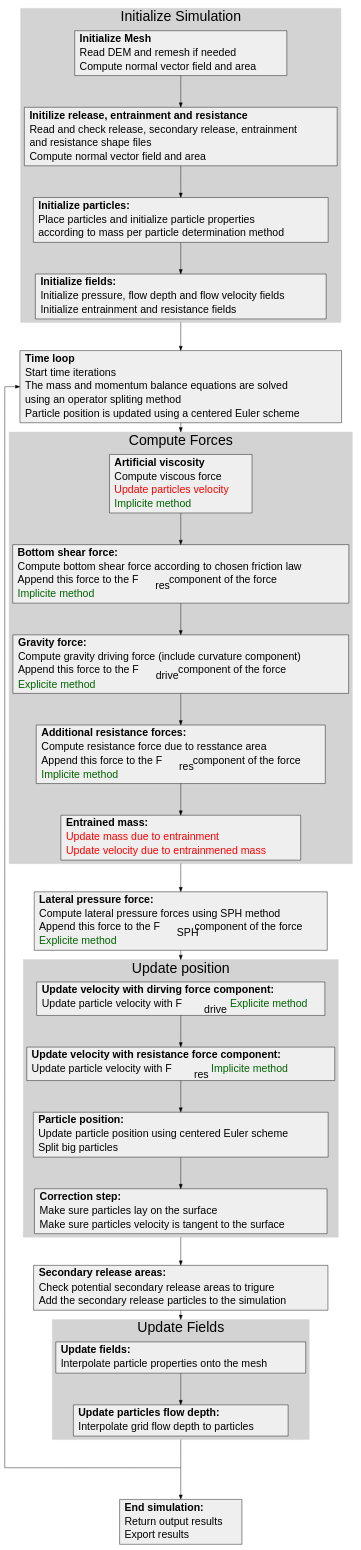
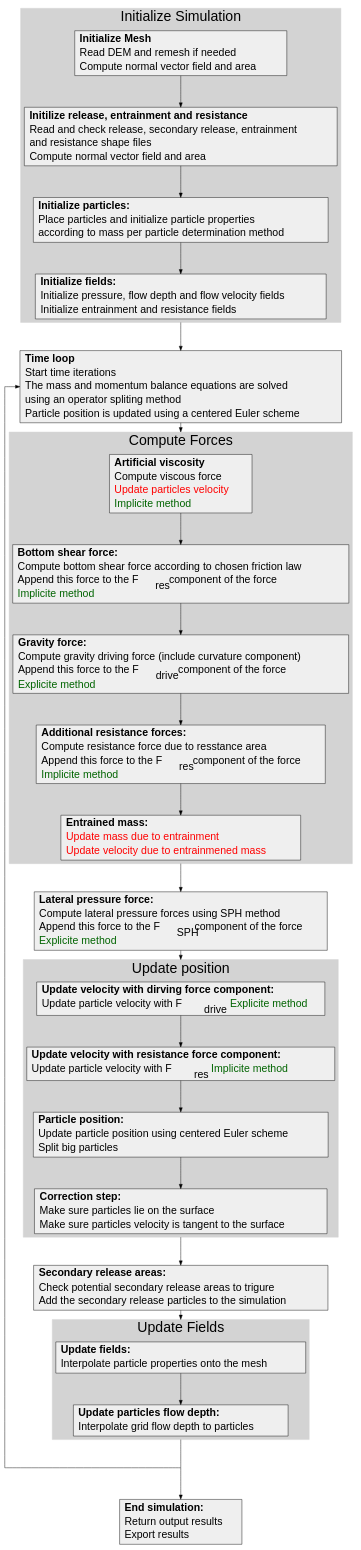
One commit to avaframe/AvaFrame changed the diagram in docs/com1DFAAlgorithmGraph.dot. Above: the diagram before and after it, drawn with Graphviz. The commit also changed 3 other files, not shown here.

```diff
--- a/docs/com1DFAAlgorithmGraph.dot
+++ b/docs/com1DFAAlgorithmGraph.dot
@@ -21,21 +21,21 @@
      <tr><td align="left">Read and check release, secondary release, entrainment</td></tr>
      <tr><td align="left">and resistance shape files</td></tr>
      <tr><td align="left" >Compute normal vector field and area</td></tr>
-    </table>>, href="../com1DFAAlgorithm.html#initialize-release-entrainment-and-resistance" tooltip="Go to: release... initialization" target="_blank"];
+    </table>>, href="../com1DFAAlgorithm.html#initialize-release-entrainment-and-resistance" tooltip="Go to: release... initialization" target="_top"];
 
   initializeParticles [label=<
     <table border="0" cellborder="0" cellspacing="1">
      <tr><td align="left"><b>Initialize particles:</b></td></tr>
      <tr><td align="left">Place particles and initialize particle properties</td></tr>
      <tr><td align="left">according to mass per particle determination method</td></tr>
-    </table>>, href="../com1DFAAlgorithm.html#initialize-particles" tooltip="Go to: particle initialization" target="_blank"];
+    </table>>, href="../com1DFAAlgorithm.html#initialize-particles" tooltip="Go to: particle initialization" target="_top"];
 
   initializeFields [label=<
     <table border="0" cellborder="0" cellspacing="1">
      <tr><td align="left"><b>Initialize fields:</b></td></tr>
      <tr><td align="left">Initialize pressure, flow depth and flow velocity fields</td></tr>
      <tr><td align="left">Initialize entrainment and resistance fields</td></tr>
-    </table>>, href="../com1DFAAlgorithm.html#initialize-fields" tooltip="Go to: Initialize fields" target="_blank"];
+    </table>>, href="../com1DFAAlgorithm.html#initialize-fields" tooltip="Go to: Initialize fields" target="_top"];
 
   timeLoop [label=<
     <table border="0" cellborder="0" cellspacing="1">
@@ -44,7 +44,7 @@
      <tr><td align="left">The mass and momentum balance equations are solved</td></tr>
      <tr><td align="left">using an operator spliting method</td></tr>
      <tr><td align="left">Particle position is updated using a centered Euler scheme</td></tr>
-    </table>>, href="../com1DFAAlgorithm.html#time-scheme-and-iterations" tooltip="Go to: Time scheme" target="_blank"];
+    </table>>, href="../com1DFAAlgorithm.html#time-scheme-and-iterations" tooltip="Go to: Time scheme" target="_top"];
 
   endTimeLoop [width=0 shape=point label=""];
 
@@ -55,12 +55,12 @@
        <tr><td align="left">Compute viscous force</td></tr>
        <tr><td align="left"><font color="red">Update particles velocity</font></td></tr>
        <tr><td align="left"><font color="darkgreen">Implicite method</font></td></tr>
-     </table>>, href="../com1DFAAlgorithm.html#artificial-viscosity" tooltip="Go to: Artificial viscosity" target="_blank"];
+     </table>>, href="../com1DFAAlgorithm.html#artificial-viscosity" tooltip="Go to: Artificial viscosity" target="_top"];
 
   computeFrictForce [label=<
      <table border="0" cellborder="0" cellspacing="1">
         <tr><td align="left" href="../theoryCom1DFA.html#compute-friction-forces"><b>Bottom shear force:</b></td></tr>
-        <tr><td align="left" href="../theoryCom1DFA.html#bottom-shear-force" title="Go to: Friction model" target="_blank">Compute bottom shear force according to chosen friction law</td></tr>
+        <tr><td align="left" href="../theoryCom1DFA.html#bottom-shear-force" title="Go to: Friction model" target="_top">Compute bottom shear force according to chosen friction law</td></tr>
         <tr><td align="left" >Append this force to the F<SUB>res</SUB> component of the force</td></tr>
         <tr><td align="left"><font color="darkgreen">Implicite method</font></td></tr>
       </table>>];
@@ -71,26 +71,26 @@
        <tr><td align="left">Compute gravity driving force (include curvature component)</td></tr>
        <tr><td align="left" >Append this force to the F<SUB>drive</SUB> component of the force</td></tr>
        <tr><td align="left"><font color="darkgreen">Explicite method</font></td></tr>
-     </table>>, href="../com1DFAAlgorithm.html#compute-body-driving-force" tooltip="Go to: Gravity force" target="_blank"];
+     </table>>, href="../com1DFAAlgorithm.html#compute-body-driving-force" tooltip="Go to: Gravity force" target="_top"];
 
   computeResForce [label=<
       <table border="0" cellborder="0" cellspacing="1">
        <tr><td align="left"><b>Additional resistance forces:</b></td></tr>
-       <tr><td align="left" href="../com1DFAAlgorithm.html#added-resistance-force" title="Go to: Resistance force" target="_blank">Compute resistance force due to resstance area</td></tr>
+       <tr><td align="left" href="../com1DFAAlgorithm.html#added-resistance-force" title="Go to: Resistance force" target="_top">Compute resistance force due to resstance area</td></tr>
        <tr><td align="left" >Append this force to the F<SUB>res</SUB> component of the force</td></tr>
        <tr><td align="left"><font color="darkgreen">Implicite method</font></td></tr>
      </table>>];
   updateMassEntr [label=<
       <table border="0" cellborder="0" cellspacing="1">
        <tr><td align="left"><b>Entrained mass:</b></td></tr>
-       <tr><td align="left" href="../theoryCom1DFA.html#entrainment" target="_blank"><font color="red">Update mass due to entrainment</font></td></tr>
+       <tr><td align="left" href="../theoryCom1DFA.html#entrainment" target="_top"><font color="red">Update mass due to entrainment</font></td></tr>
        <tr><td align="left" ><font color="red">Update velocity due to entrainmened mass</font></td></tr>
-    </table>>, href="../com1DFAAlgorithm.html#take-entrainment-into-account" tooltip="Go to: Add entrained mass" target="_blank"];
+    </table>>, href="../com1DFAAlgorithm.html#take-entrainment-into-account" tooltip="Go to: Add entrained mass" target="_top"];
 
   computeSPHForce [label=<
       <table border="0" cellborder="0" cellspacing="1">
        <tr><td align="left"><b>Lateral pressure force:</b></td></tr>
-       <tr><td align="left" href="../DFAnumerics.html#sph-gradient" title="Go to: Add lateral pressure force" target="_blank">Compute lateral pressure forces using SPH method</td></tr>
+       <tr><td align="left" href="../DFAnumerics.html#sph-gradient" title="Go to: Add lateral pressure force" target="_top">Compute lateral pressure forces using SPH method</td></tr>
        <tr><td align="left" >Append this force to the F<SUB>SPH</SUB> component of the force</td></tr>
        <tr><td align="left"><font color="darkgreen">Explicite method</font></td></tr>
      </table>>];
@@ -100,54 +100,54 @@
        <tr><td align="left"><b>Update velocity with dirving force component:</b></td></tr>
        <tr><td align="left" >Update particle velocity with F<SUB>drive</SUB> <font color="darkgreen">Explicite method</font></td></tr>
        <tr><td align="left"></td></tr>
-    </table>>, href="../com1DFAAlgorithm.html#update-position" tooltip="Go to: Update Position" target="_blank"];
+    </table>>, href="../com1DFAAlgorithm.html#update-position" tooltip="Go to: Update Position" target="_top"];
 
   updateVelocityFrict [label=<
     <table border="0" cellborder="0" cellspacing="1">
        <tr><td align="left"><b>Update velocity with resistance force component:</b></td></tr>
        <tr><td align="left" >Update particle velocity with F<SUB>res</SUB> <font color="darkgreen">Implicite method      </font></td></tr>
        <tr><td align="left"></td></tr>
-    </table>>, href="../com1DFAAlgorithm.html#update-position" tooltip="Go to: Update Position" target="_blank"];
+    </table>>, href="../com1DFAAlgorithm.html#update-position" tooltip="Go to: Update Position" target="_top"];
 
   updatePartPos [label=<
       <table border="0" cellborder="0" cellspacing="1">
        <tr><td align="left"><b>Particle position:</b></td></tr>
        <tr><td align="left">Update particle position using centered Euler scheme</td></tr>
        <tr><td align="left">Split big particles</td></tr>
-     </table>>, href="../com1DFAAlgorithm.html#update-position" tooltip="Go to: Update Position" target="_blank"];
+     </table>>, href="../com1DFAAlgorithm.html#update-position" tooltip="Go to: Update Position" target="_top"];
 
   correctPartPos [label=<
       <table border="0" cellborder="0" cellspacing="1">
        <tr><td align="left"><b>Correction step:</b></td></tr>
-       <tr><td align="left">Make sure particles lay on the surface</td></tr>
+       <tr><td align="left">Make sure particles lie on the surface</td></tr>
        <tr><td align="left">Make sure particles velocity is tangent to the surface</td></tr>
-     </table>>, href="../com1DFAAlgorithm.html#update-position" tooltip="Go to: Update Position" target="_blank"];
+     </table>>, href="../com1DFAAlgorithm.html#update-position" tooltip="Go to: Update Position" target="_top"];
 
   addSecRelease [label=<
       <table border="0" cellborder="0" cellspacing="1">
        <tr><td align="left"><b>Secondary release areas:</b></td></tr>
        <tr><td align="left" >Check potential secondary release areas to trigure</td></tr>
        <tr><td align="left" >Add the secondary release particles to the simulation</td></tr>
-     </table>>, href="../com1DFAAlgorithm.html#add-secondary-release-area" tooltip="Go to: Secondary release" target="_blank"];
+     </table>>, href="../com1DFAAlgorithm.html#add-secondary-release-area" tooltip="Go to: Secondary release" target="_top"];
 
   updateFields [label=<
     <table border="0" cellborder="0" cellspacing="1">
        <tr><td align="left"><b>Update fields:</b></td></tr>
        <tr><td align="left" >Interpolate particle properties onto the mesh</td></tr>
-    </table>>, href="../com1DFAAlgorithm.html#update-fields" tooltip="Go to: Update fields" target="_blank"];
+    </table>>, href="../com1DFAAlgorithm.html#update-fields" tooltip="Go to: Update fields" target="_top"];
 
   updateParticlesFlowDepth [label=<
     <table border="0" cellborder="0" cellspacing="1">
        <tr><td align="left"><b>Update particles flow depth:</b></td></tr>
        <tr><td align="left" >Interpolate grid flow depth to particles</td></tr>
-    </table>>, href="../com1DFAAlgorithm.html#update-fields" tooltip="Go to: Update fields" target="_blank"];
+    </table>>, href="../com1DFAAlgorithm.html#update-fields" tooltip="Go to: Update fields" target="_top"];
 
   endSimulation [label=<
     <table border="0" cellborder="0" cellspacing="1">
        <tr><td align="left"><b>End simulation:</b></td></tr>
        <tr><td align="left" >Return output results</td></tr>
        <tr><td align="left" >Export results</td></tr>
-    </table>>, href="../com1DFAAlgorithm.html#simulation-outputs" tooltip="Go to: Simulation outputs" target="_blank"];
+    </table>>, href="../com1DFAAlgorithm.html#simulation-outputs" tooltip="Go to: Simulation outputs" target="_top"];
 
 
   initializeFields -> timeLoop [weight=10,ltail=cluster_initialization];
@@ -197,7 +197,7 @@
     updateVelocityDrive -> updateVelocityFrict [weight=10];
     updateVelocityFrict -> updatePartPos [weight=10];
     updatePartPos -> correctPartPos [weight=10];
-    href="../com1DFAAlgorithm.html#update-position" tooltip="Go to: Update Position" target="_blank"
+    href="../com1DFAAlgorithm.html#update-position" tooltip="Go to: Update Position" target="_top"
     label = "Update position";
     style=filled;
     color=lightgrey;
```
